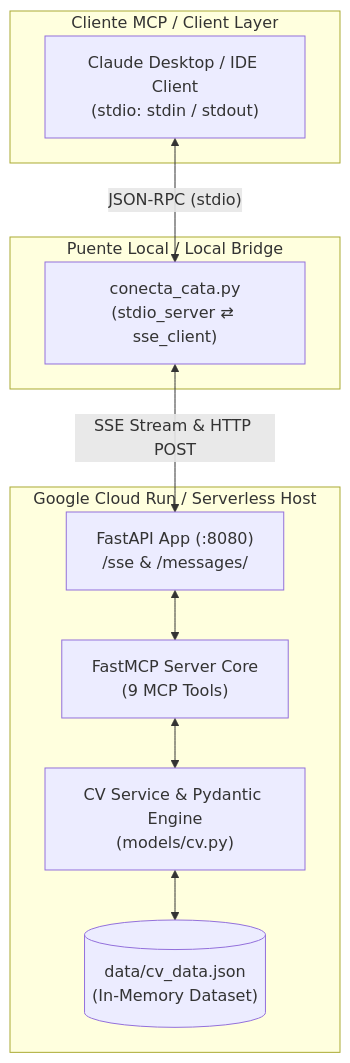
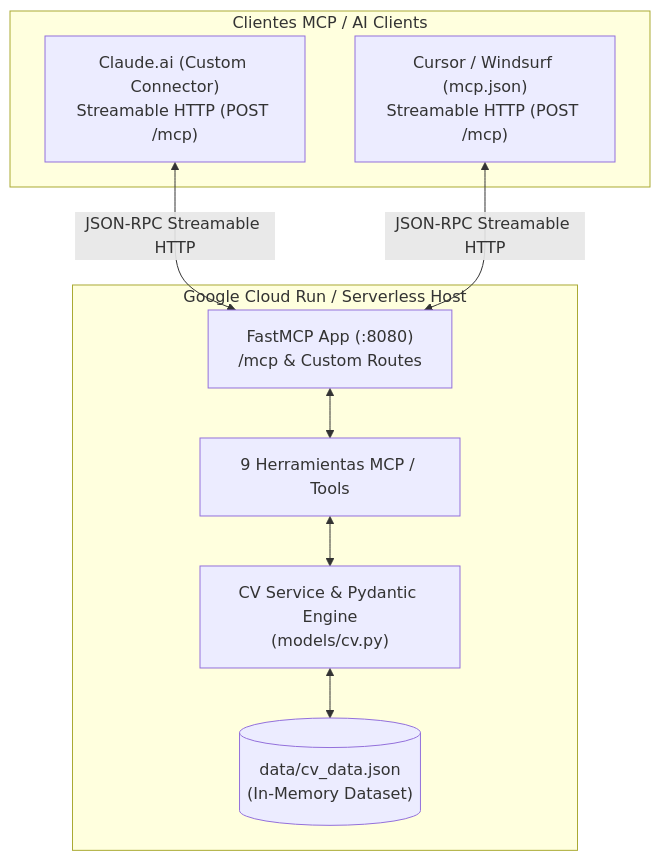
One commit to AnaCataVC/anacatalina-mcp changed the diagram in README.md. Above: the diagram before and after it, drawn with Mermaid. The commit also changed other lines of this file and 7 other files, not shown here.

Commit message:
refactor: replace SSE transport with Streamable HTTP and update server documentation, templates, and project metadata

````diff
--- a/README.md
+++ b/README.md
@@ -57,23 +55,20 @@
 ```mermaid
 flowchart TD
-    subgraph ClientLayer["Cliente MCP / Client Layer"]
-        A["Claude Desktop / IDE Client<br/>(stdio: stdin / stdout)"]
-    end
-
-    subgraph BridgeLayer["Puente Local / Local Bridge"]
-        B["conecta_cata.py<br/>(stdio_server ⇄ sse_client)"]
+    subgraph ClientLayer["Clientes MCP / AI Clients"]
+        A["Claude.ai (Custom Connector)<br/>Streamable HTTP (POST /mcp)"]
+        B["Cursor / Windsurf (mcp.json)<br/>Streamable HTTP (POST /mcp)"]
     end
 
     subgraph CloudLayer["Google Cloud Run / Serverless Host"]
-        C["FastAPI App (:8080)<br/>/sse & /messages/"]
-        D["FastMCP Server Core<br/>(9 MCP Tools)"]
+        C["FastMCP App (:8080)<br/>/mcp & Custom Routes"]
+        D["9 Herramientas MCP / Tools"]
         E["CV Service & Pydantic Engine<br/>(models/cv.py)"]
         F[("data/cv_data.json<br/>(In-Memory Dataset)")]
     end
 
-    A <-->|"JSON-RPC (stdio)"| B
-    B <-->|"SSE Stream & HTTP POST"| C
+    A <-->|"JSON-RPC Streamable HTTP"| C
+    B <-->|"JSON-RPC Streamable HTTP"| C
     C <--> D
     D <--> E
     E <--> F
 ```
````
